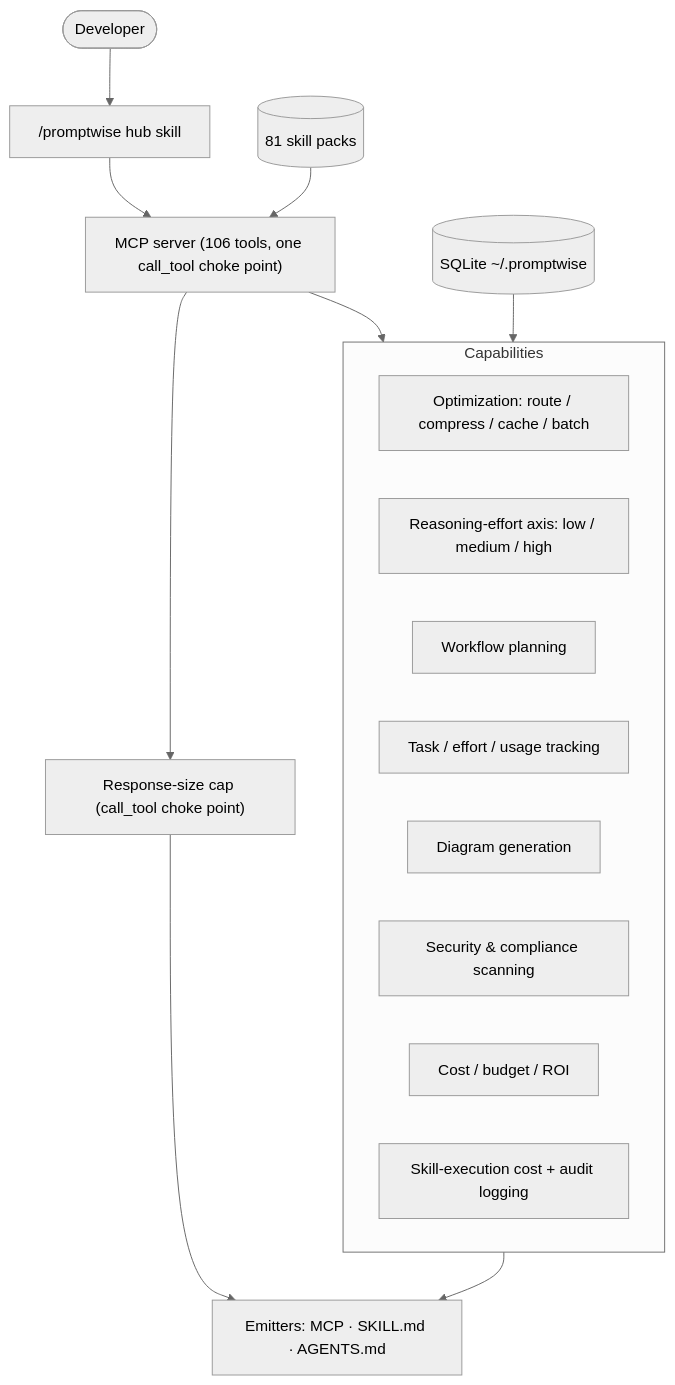
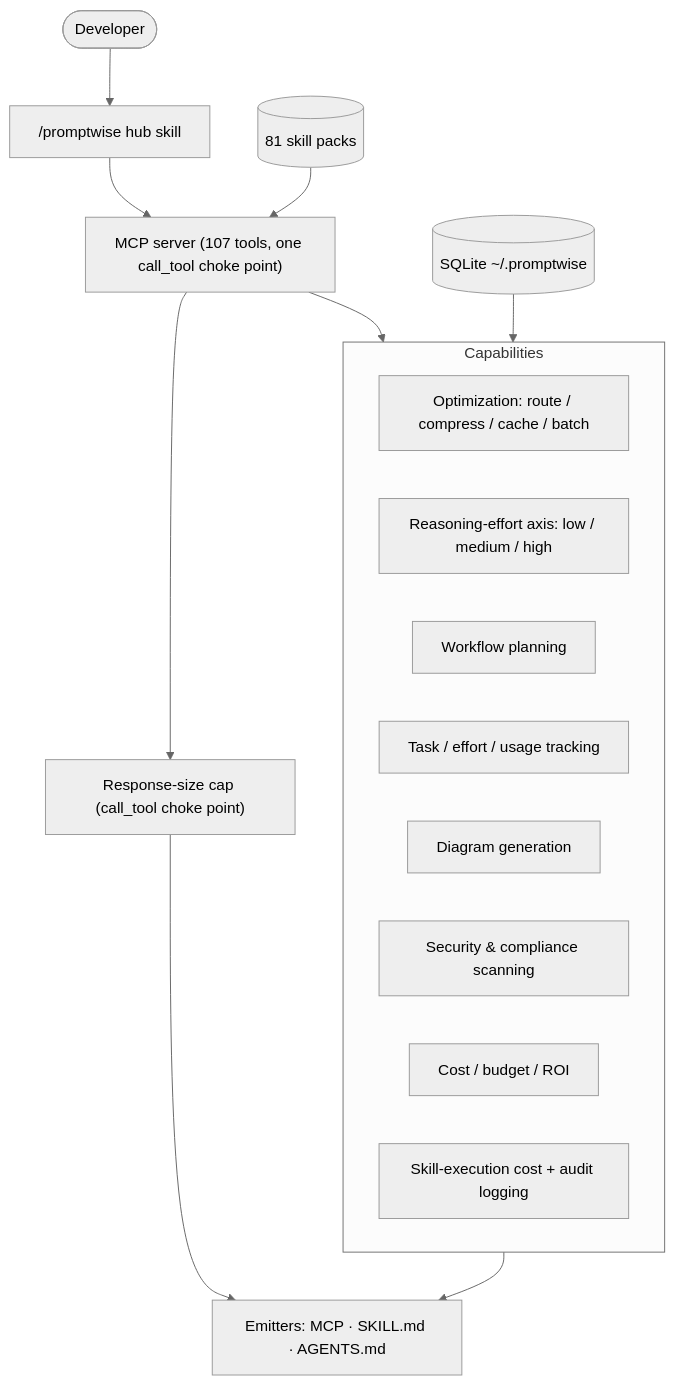
One commit to u2anilgit/PromptWise changed the first of 6 diagrams in docs/ARCHITECTURE.md. Above: the diagram before and after it, drawn with Mermaid (neutral theme). The commit also changed 13 other files, not shown here.

````diff
--- a/docs/ARCHITECTURE.md
+++ b/docs/ARCHITECTURE.md
@@ -10,21 +10,21 @@
 ```mermaid
 flowchart TB
   dev([Developer]) --> hub["/promptwise hub skill"]
-  hub --> mcp["MCP server (106 tools, one call_tool choke point)"]
+  hub --> mcp["MCP server (107 tools, one call_tool choke point)"]
   subgraph Capabilities
     opt[Optimization: route / compress / cache / batch]
     effort[Reasoning-effort axis: low / medium / high]
     flow[Workflow planning]
     track[Task / effort / usage tracking]
     diag[Diagram generation]
     sec[Security & compliance scanning]
     cost[Cost / budget / ROI]
     skillaudit[Skill-execution cost + audit logging]
   end
   mcp --> Capabilities
   mcp --> cap["Response-size cap (call_tool choke point)"]
   cap --> emit["Emitters: MCP · SKILL.md · AGENTS.md"]
   Capabilities --> emit
   packs[("81 skill packs")] --> mcp
   store[("SQLite ~/.promptwise")] --> Capabilities
 ```
````
